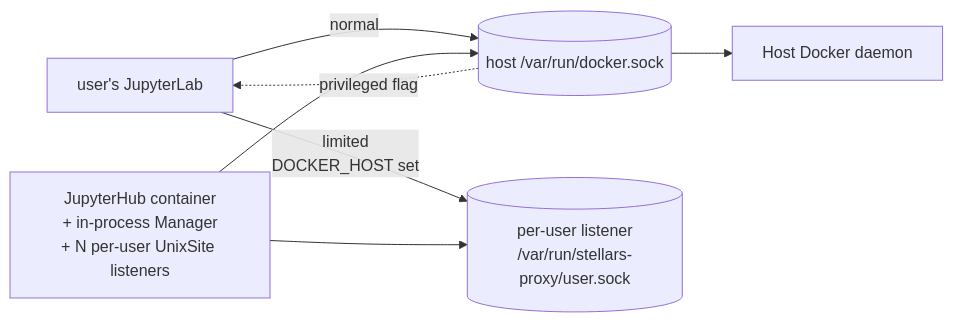
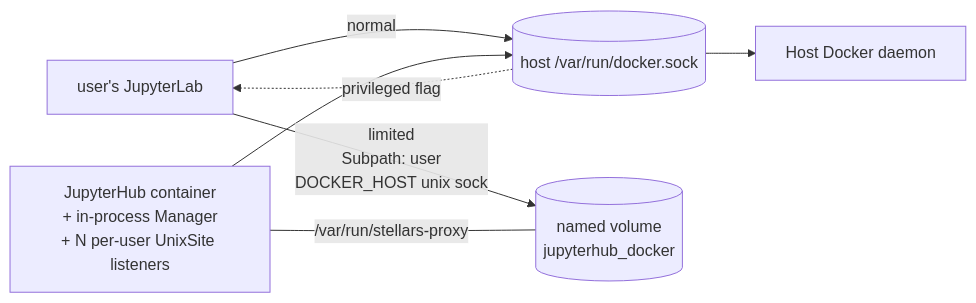
One commit to stellarshenson/stellars-jupyterhub-ds changed the diagram in docs/jupyterhub-working-with-docker.md. Above: the diagram before and after it, drawn with Mermaid. The commit also changed other lines of this file and 10 other files, not shown here.

````diff
--- a/docs/jupyterhub-working-with-docker.md
+++ b/docs/jupyterhub-working-with-docker.md
@@ -41,14 +41,14 @@
 ```mermaid
 flowchart LR
     USER[user's JupyterLab]
     SOCK_RAW[(host /var/run/docker.sock)]
-    SOCK_PROXY[(per-user listener<br/>/var/run/stellars-proxy/user.sock)]
+    VOL[(named volume<br/>jupyterhub_docker)]
     HUB[JupyterHub container<br/>+ in-process Manager<br/>+ N per-user UnixSite listeners]
     DAEMON[Host Docker daemon]
 
     USER -->|normal| SOCK_RAW --> DAEMON
-    USER -->|limited<br/>DOCKER_HOST set| SOCK_PROXY
-    HUB --> SOCK_PROXY
+    USER -->|limited<br/>Subpath: user<br/>DOCKER_HOST unix sock| VOL
+    HUB ---|/var/run/stellars-proxy| VOL
     HUB --> SOCK_RAW
     SOCK_RAW -.privileged flag.-> USER
 ```
````
